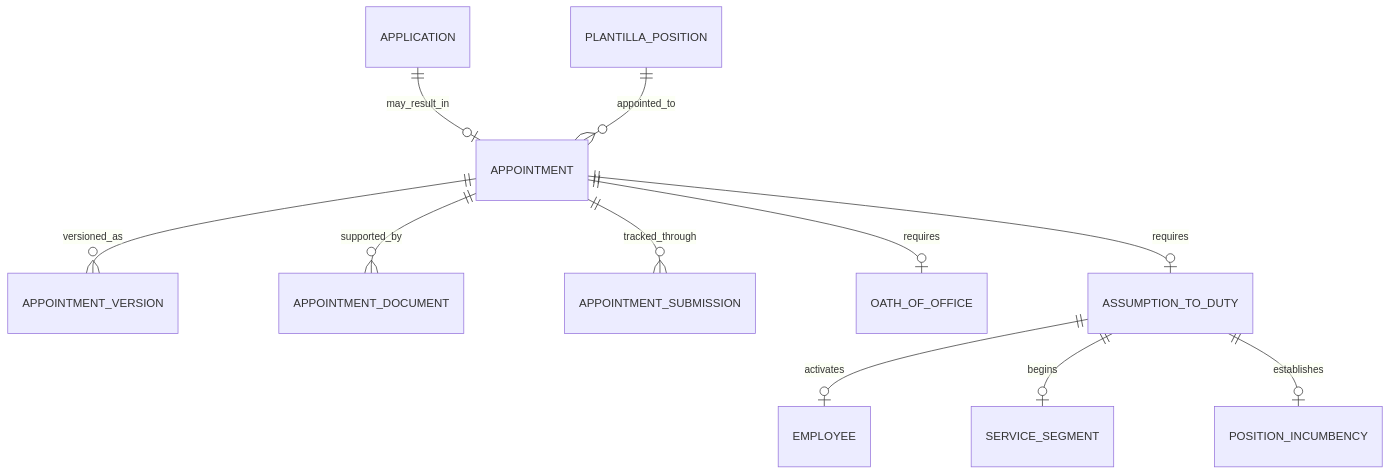
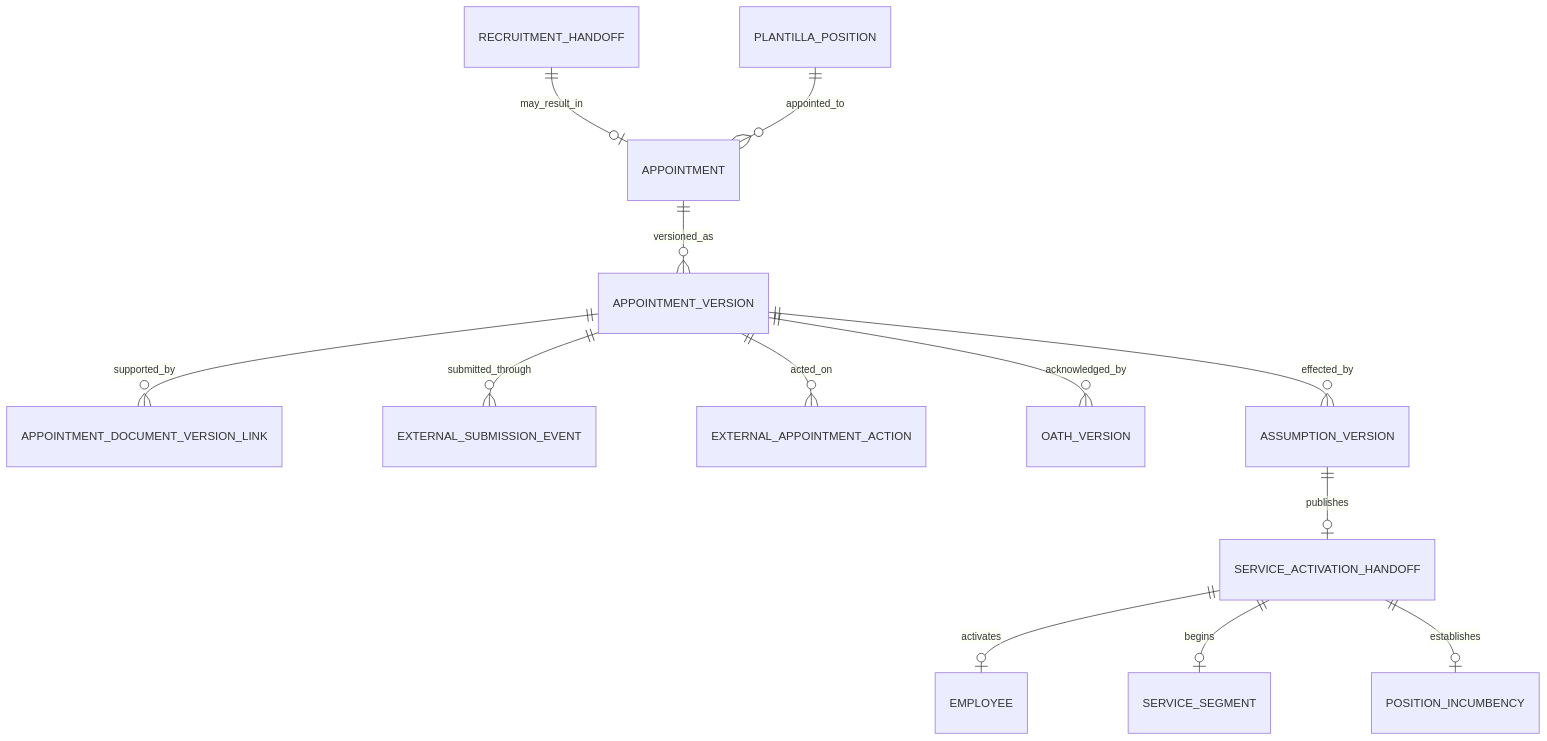
Before and after one commit to systemeror12/lingkod-hr: the fifth of 13 diagrams in docs/conceptual-erd.md, drawn with Mermaid. The commit also changed other lines of this file and 6 other files, not shown here.

Commit message:
docs: define phase 6 recruitment and appointment contracts (#138)

````diff
--- a/docs/conceptual-erd.md
+++ b/docs/conceptual-erd.md
@@ -241,16 +263,18 @@
 ```mermaid
 erDiagram
-    APPLICATION ||--o| APPOINTMENT : may_result_in
+    RECRUITMENT_HANDOFF ||--o| APPOINTMENT : may_result_in
     PLANTILLA_POSITION ||--o{ APPOINTMENT : appointed_to
 
     APPOINTMENT ||--o{ APPOINTMENT_VERSION : versioned_as
-    APPOINTMENT ||--o{ APPOINTMENT_DOCUMENT : supported_by
-    APPOINTMENT ||--o{ APPOINTMENT_SUBMISSION : tracked_through
+    APPOINTMENT_VERSION ||--o{ APPOINTMENT_DOCUMENT_VERSION_LINK : supported_by
+    APPOINTMENT_VERSION ||--o{ EXTERNAL_SUBMISSION_EVENT : submitted_through
+    APPOINTMENT_VERSION ||--o{ EXTERNAL_APPOINTMENT_ACTION : acted_on
 
-    APPOINTMENT ||--o| OATH_OF_OFFICE : requires
-    APPOINTMENT ||--o| ASSUMPTION_TO_DUTY : requires
+    APPOINTMENT_VERSION ||--o{ OATH_VERSION : acknowledged_by
+    APPOINTMENT_VERSION ||--o{ ASSUMPTION_VERSION : effected_by
 
-    ASSUMPTION_TO_DUTY ||--o| EMPLOYEE : activates
-    ASSUMPTION_TO_DUTY ||--o| SERVICE_SEGMENT : begins
-    ASSUMPTION_TO_DUTY ||--o| POSITION_INCUMBENCY : establishes
+    ASSUMPTION_VERSION ||--o| SERVICE_ACTIVATION_HANDOFF : publishes
+    SERVICE_ACTIVATION_HANDOFF ||--o| EMPLOYEE : activates
+    SERVICE_ACTIVATION_HANDOFF ||--o| SERVICE_SEGMENT : begins
+    SERVICE_ACTIVATION_HANDOFF ||--o| POSITION_INCUMBENCY : establishes
 ```
````
